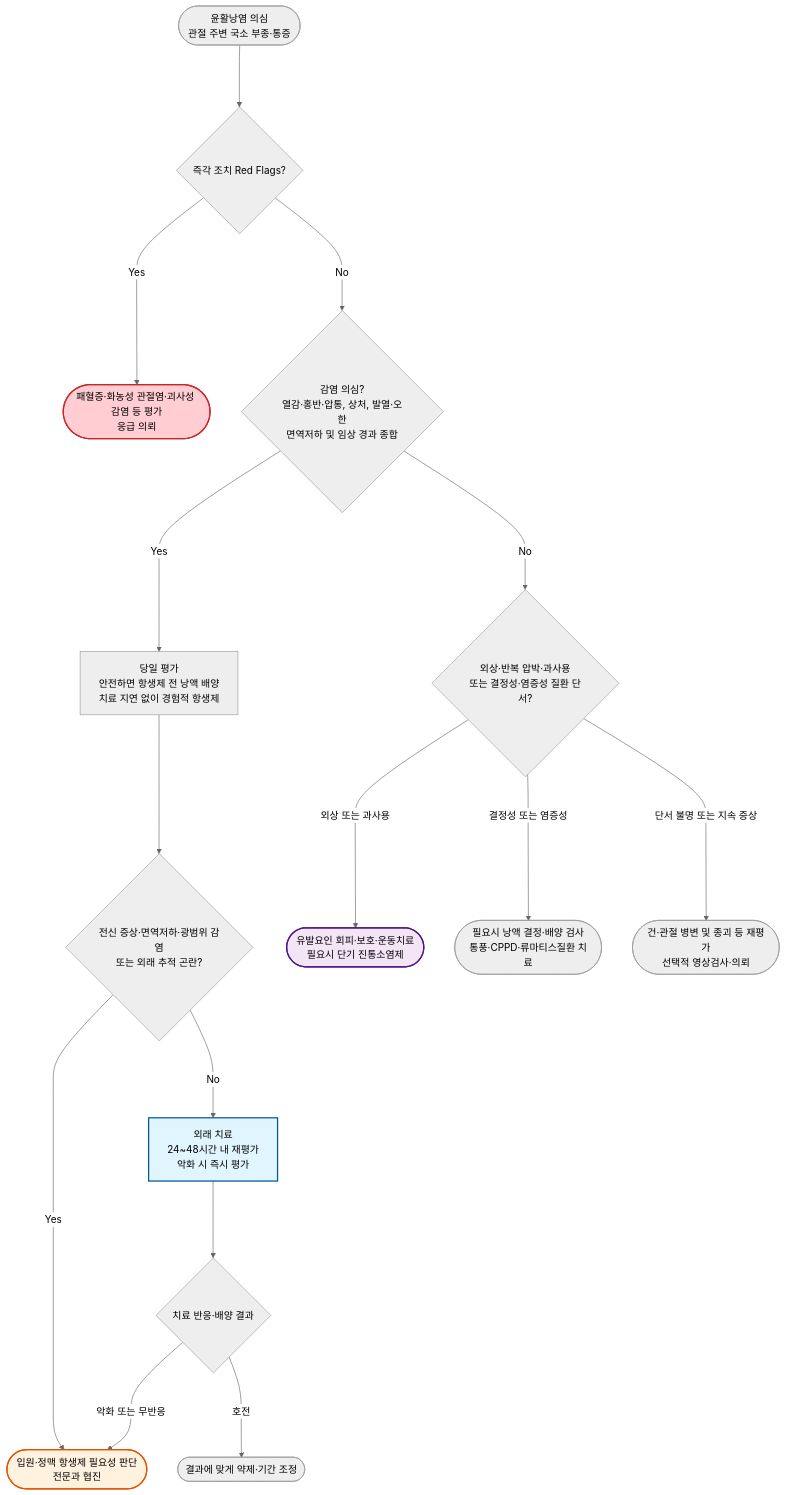
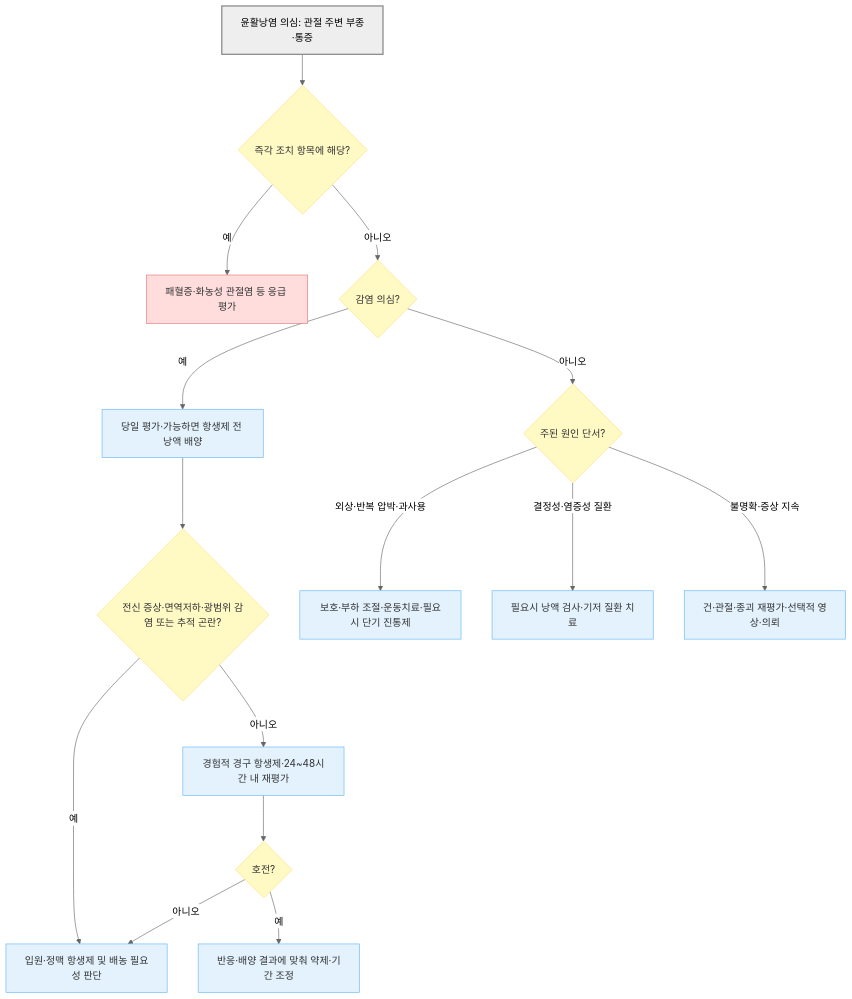
The diagram in 228_/136_-bursitis.md (familyoh77/familyoh77), drawn with Mermaid (neutral theme) before and after one commit. The commit also changed other lines of this file and 4 other files, not shown here.

````diff
--- a/228_/136_-bursitis.md
+++ b/228_/136_-bursitis.md
@@ -178,21 +178,24 @@
 ```mermaid
-graph TD
-    A(["윤활낭염 의심\n관절 주변 국소 부종·통증"]) ---> R{"즉각 조치 Red Flags?"}
-    R --->|Yes| D(["패혈증·화농성 관절염·괴사성 감염 등 평가\n응급 의뢰"])
-    R --->|No| B{"감염 의심?\n열감·홍반·압통, 상처, 발열·오한\n면역저하 및 임상 경과 종합"}
-    B --->|Yes| E["당일 평가\n안전하면 항생제 전 낭액 배양\n치료 지연 없이 경험적 항생제"]
-    E ---> F{"전신 증상·면역저하·광범위 감염\n또는 외래 추적 곤란?"}
-    F --->|Yes| G(["입원·정맥 항생제 필요성 판단\n전문과 협진"])
-    F --->|No| H["외래 치료\n24~48시간 내 재평가\n악화 시 즉시 평가"]
-    H ---> K{"치료 반응·배양 결과"}
-    K --->|호전| L(["결과에 맞게 약제·기간 조정"])
-    K --->|악화 또는 무반응| G
-    B --->|No| I{"외상·반복 압박·과사용\n또는 결정성·염증성 질환 단서?"}
-    I --->|외상 또는 과사용| J(["유발요인 회피·보호·운동치료\n필요시 단기 진통소염제"])
-    I --->|결정성 또는 염증성| M(["필요시 낭액 결정·배양 검사\n통풍·CPPD·류마티스질환 치료"])
-    I --->|단서 불명 또는 지속 증상| N(["건·관절 병변 및 종괴 등 재평가\n선택적 영상검사·의뢰"])
-    style D fill:#ffcdd2,stroke:#c62828,stroke-width:2px
-    style G fill:#fff3e0,stroke:#e65100,stroke-width:2px
-    style H fill:#e1f5fe,stroke:#01579b,stroke-width:2px
-    style J fill:#f3e5f5,stroke:#4a148c,stroke-width:2px
+flowchart TD
+    A["윤활낭염 의심: 관절 주변 부종·통증"] --> R{"즉각 조치 항목에 해당?"}
+    R -- "예" --> D["패혈증·화농성 관절염 등 응급 평가"]
+    R -- "아니오" --> B{"감염 의심?"}
+    B -- "예" --> E["당일 평가·가능하면 항생제 전 낭액 배양"]
+    E --> F{"전신 증상·면역저하·광범위 감염 또는 추적 곤란?"}
+    F -- "예" --> G["입원·정맥 항생제 및 배농 필요성 판단"]
+    F -- "아니오" --> H["경험적 경구 항생제·24~48시간 내 재평가"]
+    H --> K{"호전?"}
+    K -- "예" --> L["반응·배양 결과에 맞춰 약제·기간 조정"]
+    K -- "아니오" --> G
+    B -- "아니오" --> I{"주된 원인 단서?"}
+    I -- "외상·반복 압박·과사용" --> J["보호·부하 조절·운동치료·필요시 단기 진통제"]
+    I -- "결정성·염증성 질환" --> M["필요시 낭액 검사·기저 질환 치료"]
+    I -- "불명확·증상 지속" --> N["건·관절·종괴 재평가·선택적 영상·의뢰"]
+    classDef question fill:#fff9c4,stroke:#ffe082,color:#333333;
+    classDef danger fill:#ffdddd,stroke:#e57373,color:#333333;
+    classDef treatment fill:#e3f2fd,stroke:#64b5f6,color:#333333;
+    class R,B,F,K,I question;
+    class D danger;
+    class E,G,H,L,J,M,N treatment;
+    style A fill:#eeeeee,stroke:#888888,stroke-width:2px;
 ```
````
